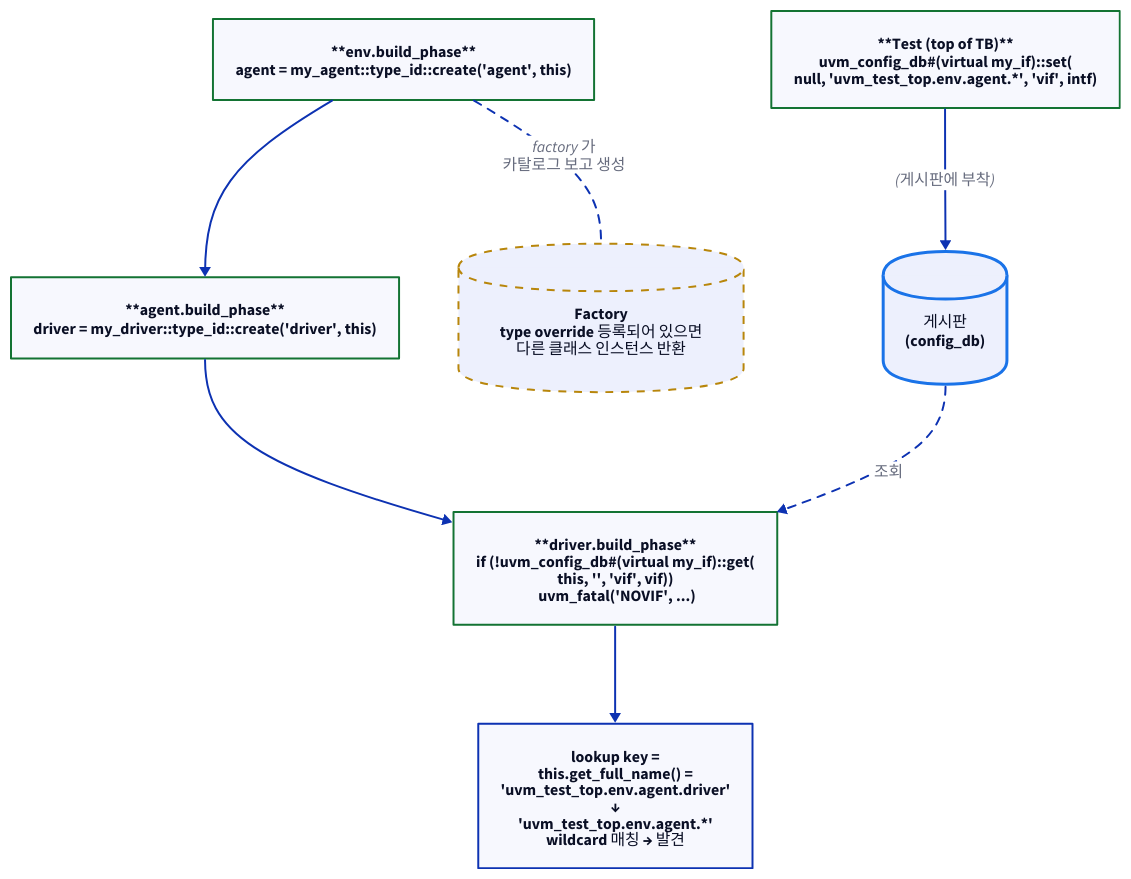
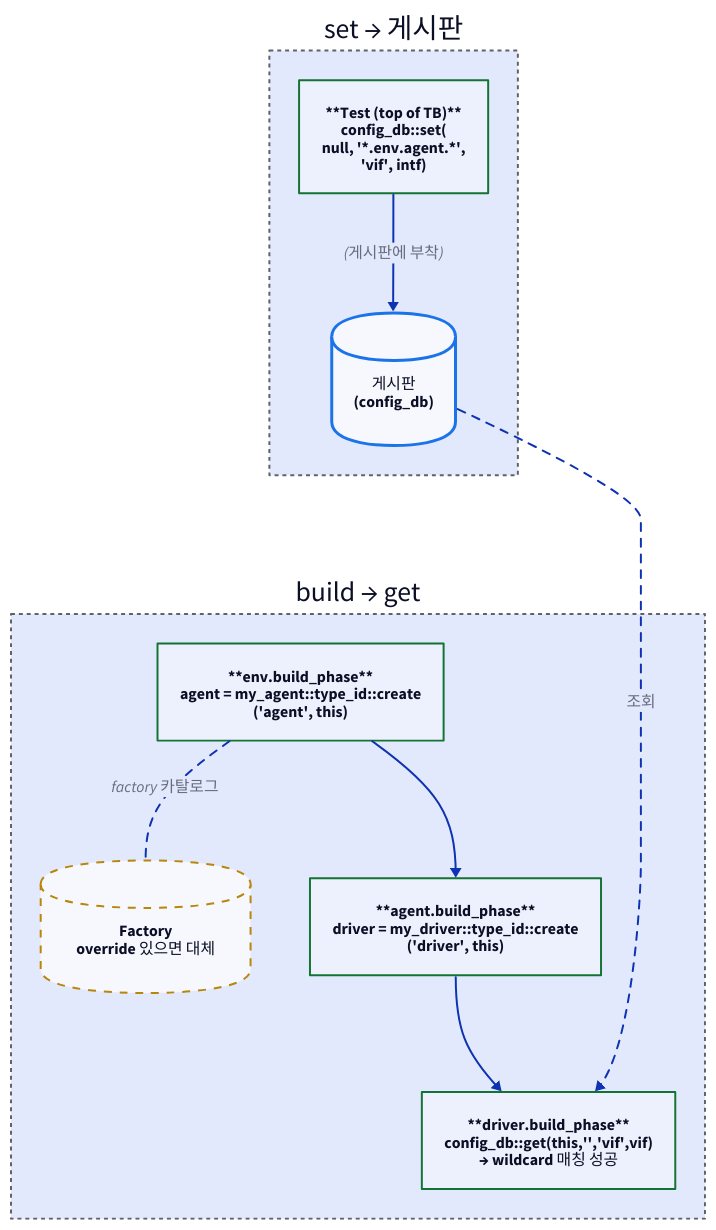
One commit to humbleowl39/DV_SKOOL changed the first of 2 diagrams in topics/uvm/docs/04_config_db_factory.md. Above: the diagram before and after it, drawn with D2. The commit also changed other lines of this file and 90 other files, not shown here.

First line of the commit message:
docs: 전 토픽 다이어그램 정비 — ASCII→D2, mermaid→D2, 과대 D2 가시성 수정

````diff
--- a/topics/uvm/docs/04_config_db_factory.md
+++ b/topics/uvm/docs/04_config_db_factory.md
@@ -83,18 +83,30 @@
 ```d2
 direction: down
 
-TEST: "**Test (top of TB)**\nuvm_config_db#(virtual my_if)::set(\nnull, 'uvm_test_top.env.agent.*', 'vif', intf)" { style.stroke: "#137333"; style.stroke-width: 2 }
-BOARD: "게시판\n(config_db)" { shape: cylinder; style.stroke: "#1a73e8"; style.stroke-width: 3 }
-ENV: "**env.build_phase**\nagent = my_agent::type_id::create('agent', this)" { style.stroke: "#137333"; style.stroke-width: 2 }
-FACT: "Factory\ntype override 등록되어 있으면\n다른 클래스 인스턴스 반환" { shape: cylinder; style.stroke: "#b8860b"; style.stroke-width: 2; style.stroke-dash: 4 }
-AGENT: "**agent.build_phase**\ndriver = my_driver::type_id::create('driver', this)" { style.stroke: "#137333"; style.stroke-width: 2 }
-DRV: "**driver.build_phase**\nif (!uvm_config_db#(virtual my_if)::get(\nthis, '', 'vif', vif))\n  uvm_fatal('NOVIF', ...)" { style.stroke: "#137333"; style.stroke-width: 2 }
-HIT: "lookup key =\nthis.get_full_name() =\n'uvm_test_top.env.agent.driver'\n↓\n'uvm_test_top.env.agent.*'\nwildcard 매칭 → 발견"
+SETSIDE: "set → 게시판" {
+  style.stroke: "#5f6368"
+  style.stroke-dash: 2
 
-TEST -> BOARD: "(게시판에 부착)"
-ENV -- FACT: "factory 가\n카탈로그 보고 생성" { style.stroke-dash: 4 }
-ENV -> AGENT
-AGENT -> DRV
-BOARD -> DRV: "조회" { style.stroke-dash: 4 }
-DRV -> HIT
+  TEST: "**Test (top of TB)**\nconfig_db::set(\nnull, '*.env.agent.*',\n'vif', intf)" { style.stroke: "#137333"; style.stroke-width: 2 }
+  BOARD: "게시판\n(config_db)" { shape: cylinder; style.stroke: "#1a73e8"; style.stroke-width: 3 }
+
+  TEST -> BOARD: "(게시판에 부착)"
+}
+
+GETSIDE: "build → get" {
+  style.stroke: "#5f6368"
+  style.stroke-dash: 2
+
+  ENV: "**env.build_phase**\nagent = my_agent::type_id::create\n('agent', this)" { style.stroke: "#137333"; style.stroke-width: 2 }
+  FACT: "Factory\noverride 있으면 대체" { shape: cylinder; style.stroke: "#b8860b"; style.stroke-width: 2; style.stroke-dash: 4 }
+  AGENT: "**agent.build_phase**\ndriver = my_driver::type_id::create\n('driver', this)" { style.stroke: "#137333"; style.stroke-width: 2 }
+  DRV: "**driver.build_phase**\nconfig_db::get(this,'','vif',vif)\n→ wildcard 매칭 성공" { style.stroke: "#137333"; style.stroke-width: 2 }
+
+  ENV -- FACT: "factory 카탈로그" { style.stroke-dash: 4 }
+  ENV -> AGENT
+  AGENT -> DRV
+}
+
+SETSIDE -> GETSIDE: { style.opacity: 0.0 }
+SETSIDE.BOARD -> GETSIDE.DRV: "조회" { style.stroke-dash: 4 }
 ```
````
